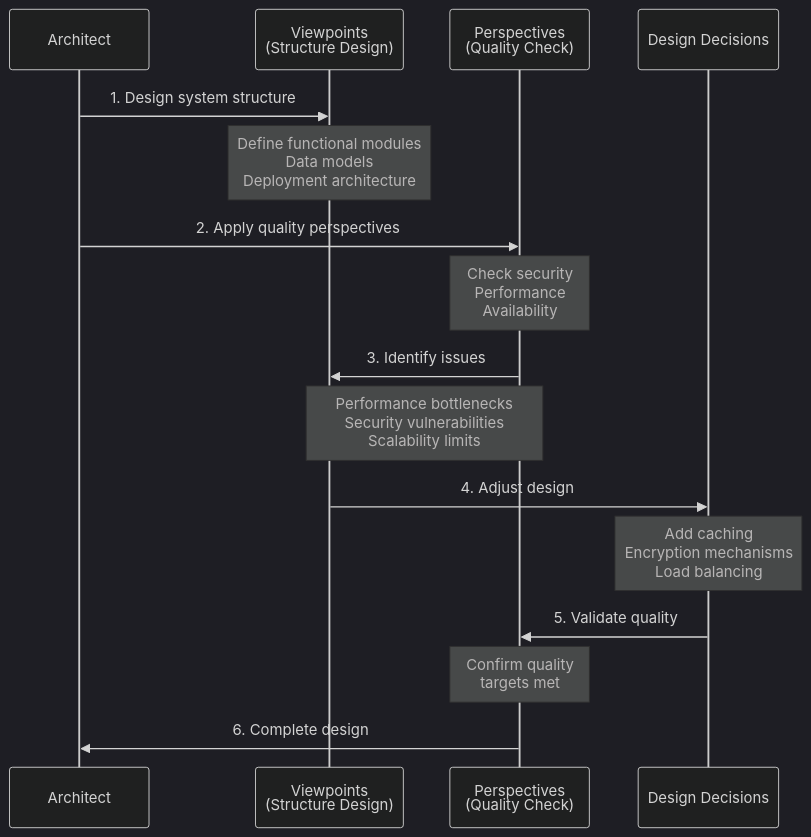
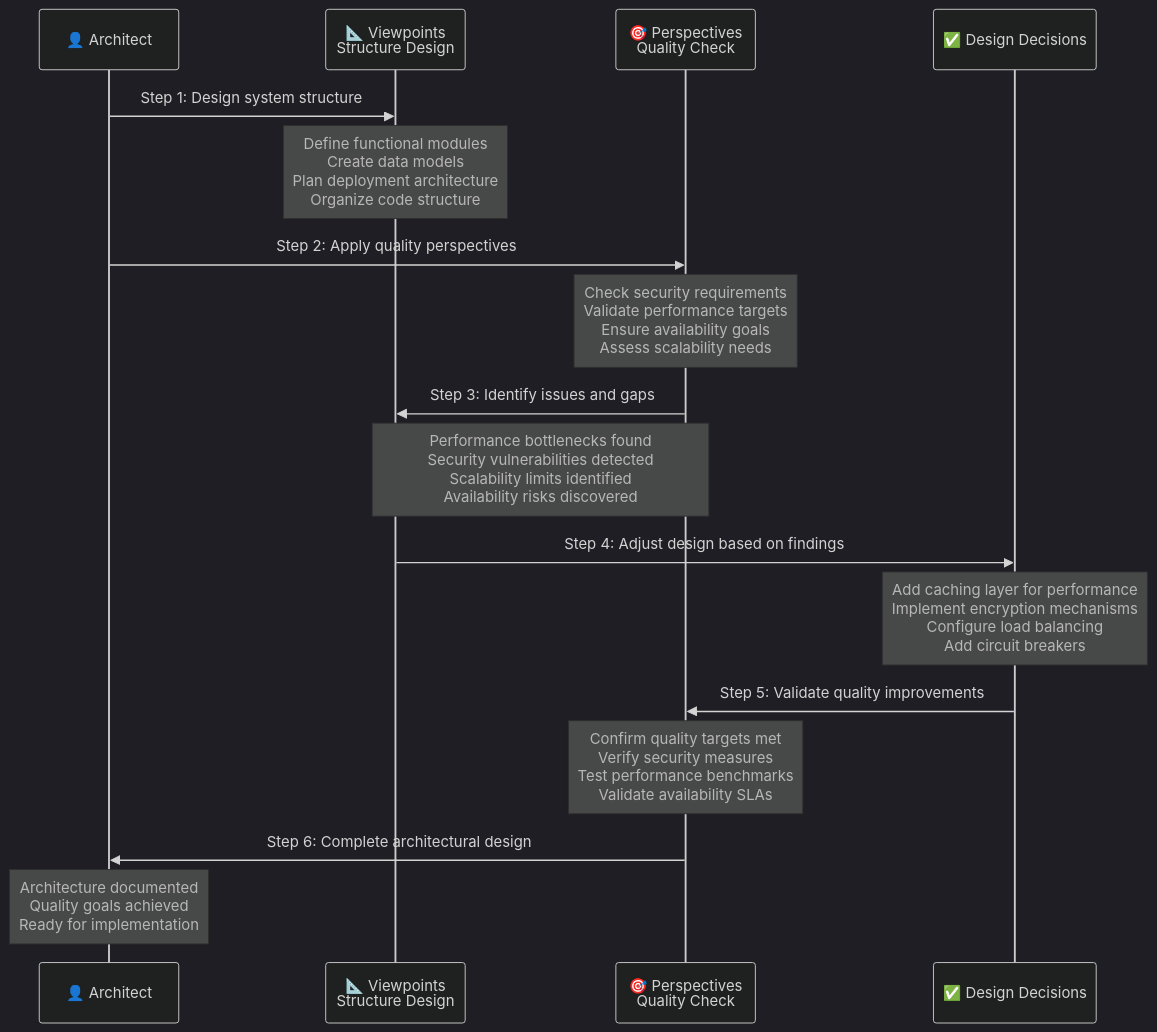
The third of 3 diagrams in docs/rozanski-woods-methodology-guide.md (humank/genai-demo), drawn with Mermaid (dark theme) before and after one commit. The commit also changed other lines of this file, not shown here.

First line of the commit message:
docs: improve Mermaid diagrams with larger, more detailed visualizations

````diff
--- a/docs/rozanski-woods-methodology-guide.md
+++ b/docs/rozanski-woods-methodology-guide.md
@@ -178,24 +204,25 @@
 ```mermaid
 sequenceDiagram
-    participant A as Architect
-    participant V as Viewpoints<br/>(Structure Design)
-    participant P as Perspectives<br/>(Quality Check)
-    participant D as Design Decisions
+    participant A as 👤 Architect
+    participant V as 📐 Viewpoints<br/>Structure Design
+    participant P as 🎯 Perspectives<br/>Quality Check
+    participant D as ✅ Design Decisions
     
-    A->>V: 1. Design system structure
-    Note over V: Define functional modules<br/>Data models<br/>Deployment architecture
+    A->>V: Step 1: Design system structure
+    Note over V: Define functional modules<br/>Create data models<br/>Plan deployment architecture<br/>Organize code structure
     
-    A->>P: 2. Apply quality perspectives
-    Note over P: Check security<br/>Performance<br/>Availability
+    A->>P: Step 2: Apply quality perspectives
+    Note over P: Check security requirements<br/>Validate performance targets<br/>Ensure availability goals<br/>Assess scalability needs
     
-    P->>V: 3. Identify issues
-    Note over P,V: Performance bottlenecks<br/>Security vulnerabilities<br/>Scalability limits
+    P->>V: Step 3: Identify issues and gaps
+    Note over P,V: Performance bottlenecks found<br/>Security vulnerabilities detected<br/>Scalability limits identified<br/>Availability risks discovered
     
-    V->>D: 4. Adjust design
-    Note over D: Add caching<br/>Encryption mechanisms<br/>Load balancing
+    V->>D: Step 4: Adjust design based on findings
+    Note over D: Add caching layer for performance<br/>Implement encryption mechanisms<br/>Configure load balancing<br/>Add circuit breakers
     
-    D->>P: 5. Validate quality
-    Note over P: Confirm quality<br/>targets met
+    D->>P: Step 5: Validate quality improvements
+    Note over P: Confirm quality targets met<br/>Verify security measures<br/>Test performance benchmarks<br/>Validate availability SLAs
     
-    P->>A: 6. Complete design
+    P->>A: Step 6: Complete architectural design
+    Note over A: Architecture documented<br/>Quality goals achieved<br/>Ready for implementation
 ```
````
